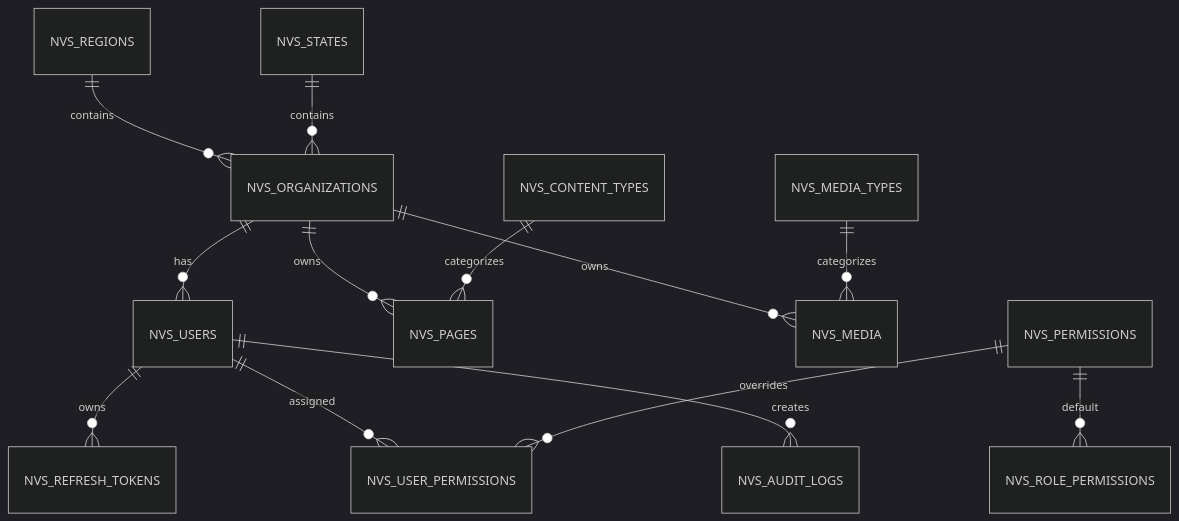
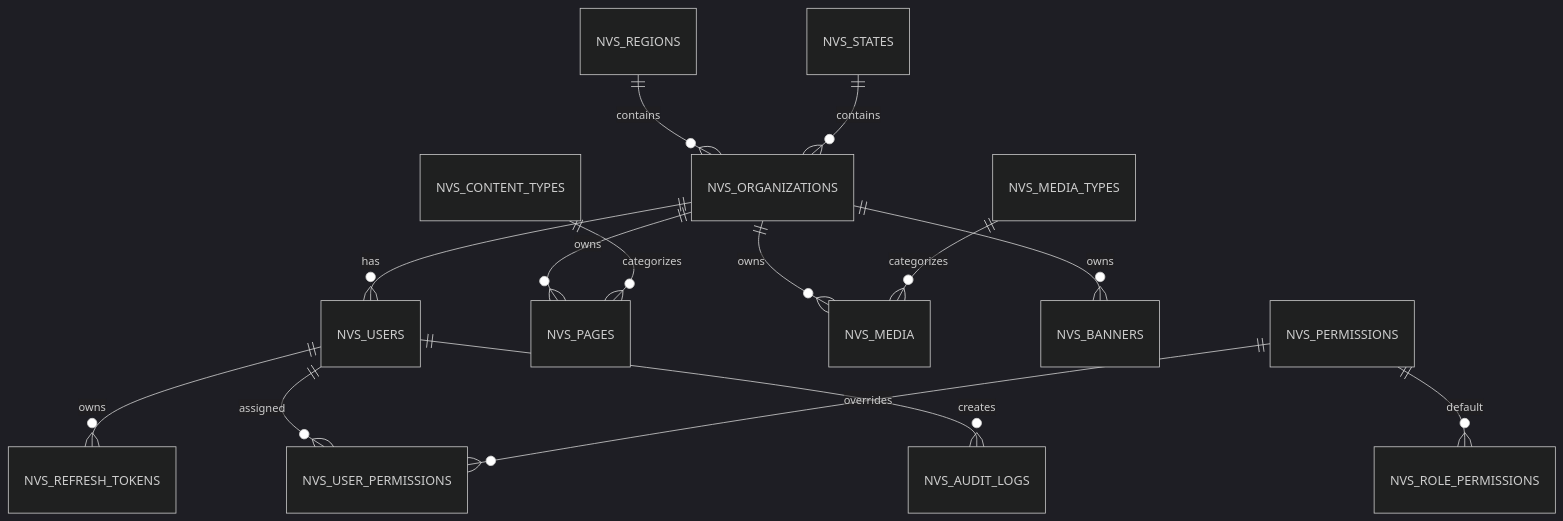
Before and after one commit to aravindbhardwaj/nvs_backend: the diagram in docs/04_DATABASE_DESIGN.md, drawn with Mermaid (dark theme). The commit also changed other lines of this file and 22 other files, not shown here.

````diff
--- a/docs/04_DATABASE_DESIGN.md
+++ b/docs/04_DATABASE_DESIGN.md
@@ -1495,24 +1551,25 @@
 ```mermaid
 erDiagram
 
     NVS_REGIONS ||--o{ NVS_ORGANIZATIONS : contains
     NVS_STATES ||--o{ NVS_ORGANIZATIONS : contains
 
     NVS_ORGANIZATIONS ||--o{ NVS_USERS : has
     NVS_ORGANIZATIONS ||--o{ NVS_PAGES : owns
     NVS_ORGANIZATIONS ||--o{ NVS_MEDIA : owns
+    NVS_ORGANIZATIONS ||--o{ NVS_BANNERS : owns
 
     NVS_CONTENT_TYPES ||--o{ NVS_PAGES : categorizes
 
     NVS_MEDIA_TYPES ||--o{ NVS_MEDIA : categorizes
 
     NVS_USERS ||--o{ NVS_REFRESH_TOKENS : owns
 
     NVS_USERS ||--o{ NVS_USER_PERMISSIONS : assigned
 
     NVS_PERMISSIONS ||--o{ NVS_ROLE_PERMISSIONS : default
 
     NVS_PERMISSIONS ||--o{ NVS_USER_PERMISSIONS : overrides
 
     NVS_USERS ||--o{ NVS_AUDIT_LOGS : creates
 ```
````
